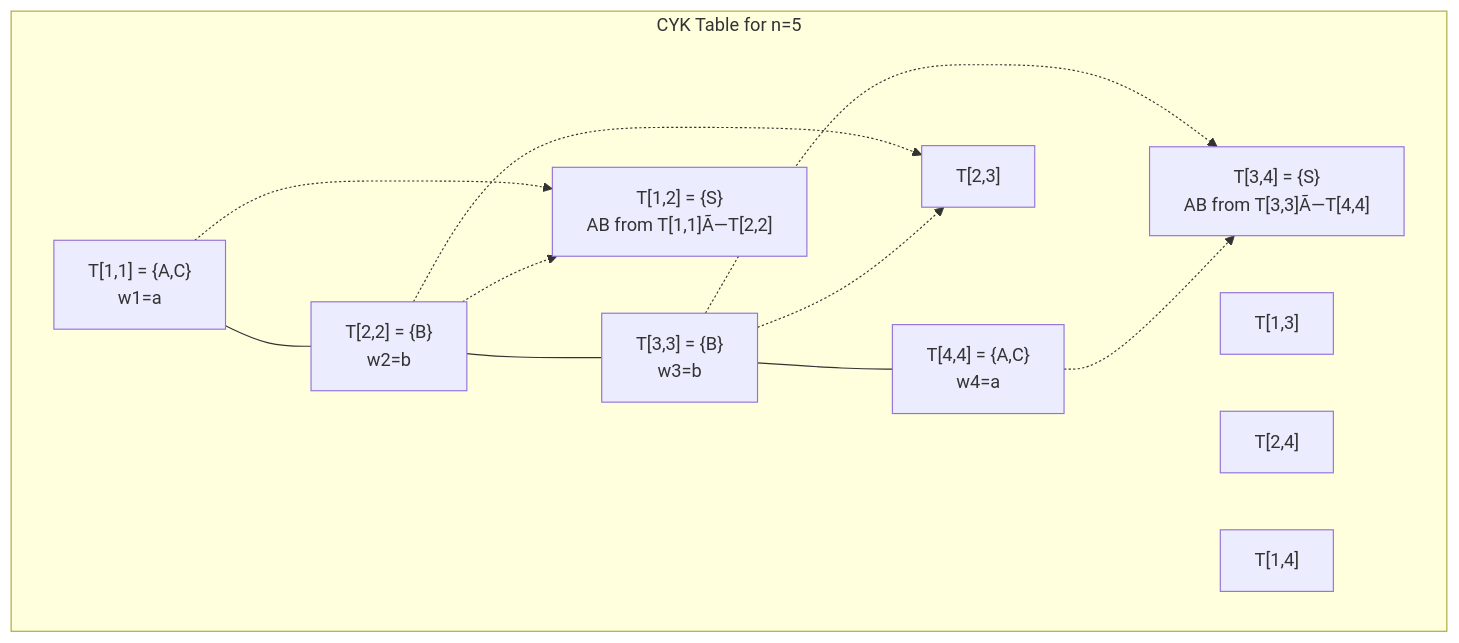
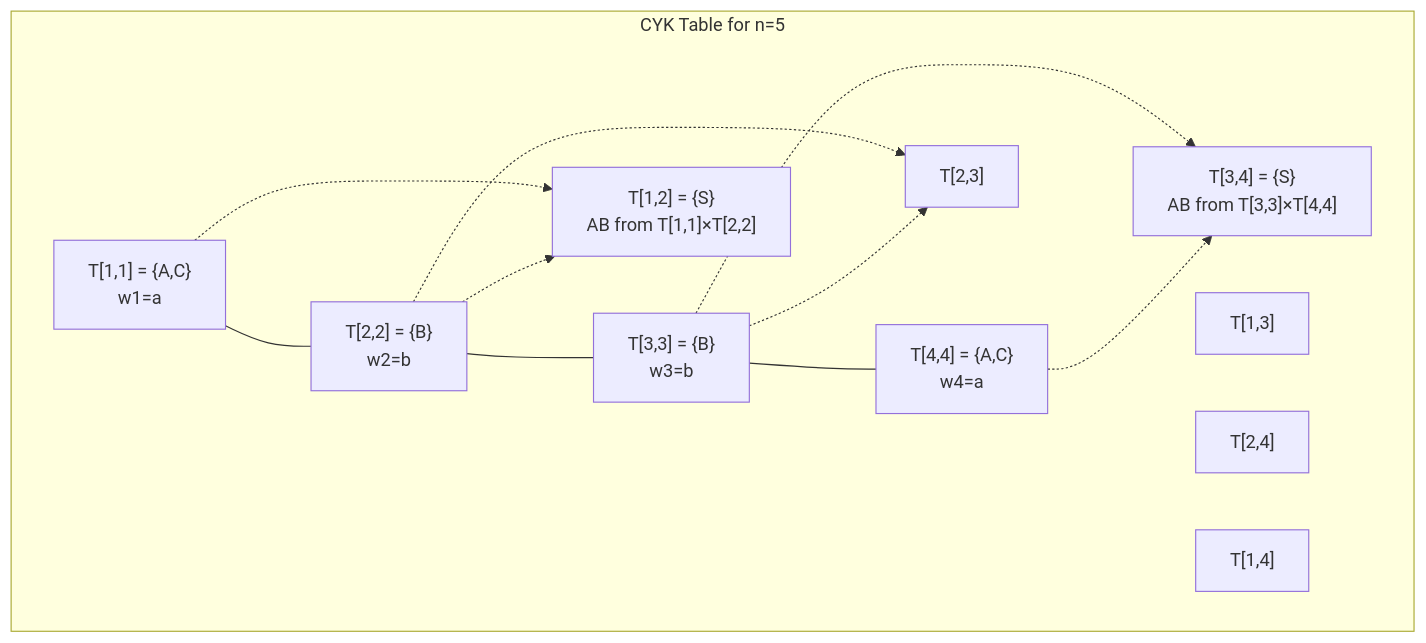
One commit to Raushan666java/ai-engineering-journey changed the second of 2 diagrams in docs/courses/theory-of-computation/08-cfl.md. Above: the diagram before and after it, drawn with Mermaid. The commit also changed other lines of this file and 965 other files, not shown here.

````diff
--- a/docs/courses/theory-of-computation/08-cfl.md
+++ b/docs/courses/theory-of-computation/08-cfl.md
@@ -760,24 +760,24 @@
 ```mermaid
 graph TD
     subgraph "CYK Table for n=5"
         T11["T[1,1] = {A,C}<br/>w1=a"] --- T22["T[2,2] = {B}<br/>w2=b"]
         T22 --- T33["T[3,3] = {B}<br/>w3=b"]
         T33 --- T44["T[4,4] = {A,C}<br/>w4=a"]
         
-        T12["T[1,2] = {S}<br/>AB from T[1,1]Ã—T[2,2]"]
+        T12["T[1,2] = {S}<br/>AB from T[1,1]×T[2,2]"]
         T23["T[2,3]"]
-        T34["T[3,4] = {S}<br/>AB from T[3,3]Ã—T[4,4]"]
+        T34["T[3,4] = {S}<br/>AB from T[3,3]×T[4,4]"]
         
         T13["T[1,3]"]
         T24["T[2,4]"]
         
         T14["T[1,4]"]
         
         T11 -.-> T12
         T22 -.-> T12
         T22 -.-> T23
         T33 -.-> T23
         T33 -.-> T34
         T44 -.-> T34
     end
 ```
````
